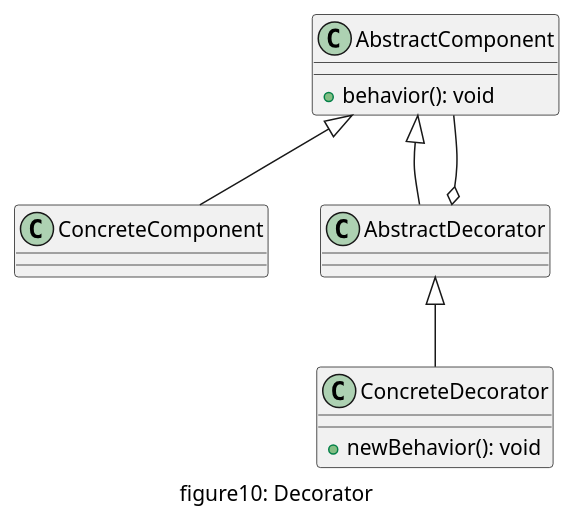
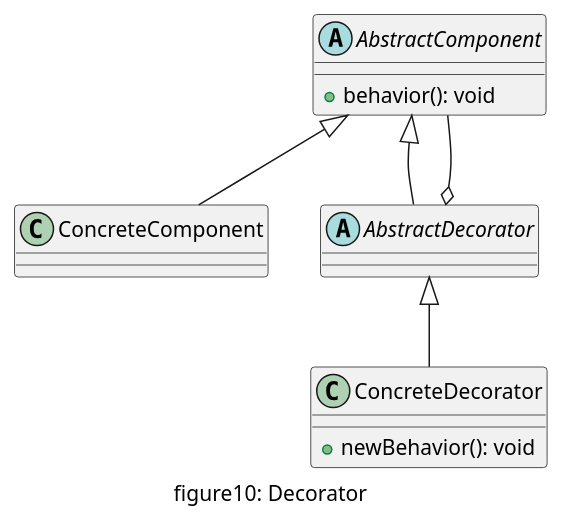
The diagram in doc/uml/10_decorator.pu (daileyet/designpattern4cplusplus), drawn with PlantUML before and after one commit. The commit also changed 33 other files, not shown here.

Commit message:
add iterator and change uml before

```diff
--- a/doc/uml/10_decorator.pu
+++ b/doc/uml/10_decorator.pu
@@ -1,17 +1,17 @@
 @startuml "figure10_decorator"
 caption figure10: Decorator
 
-class AbstractComponent{
+abstract class AbstractComponent{
     + behavior(): void
 }
 class ConcreteComponent{}
-class AbstractDecorator{}
+abstract class AbstractDecorator{}
 class ConcreteDecorator{
     + newBehavior(): void
 }
 
 AbstractComponent <|-- ConcreteComponent
 AbstractComponent <|-- AbstractDecorator
 AbstractDecorator o-- AbstractComponent
 AbstractDecorator <|-- ConcreteDecorator
 @enduml
```
